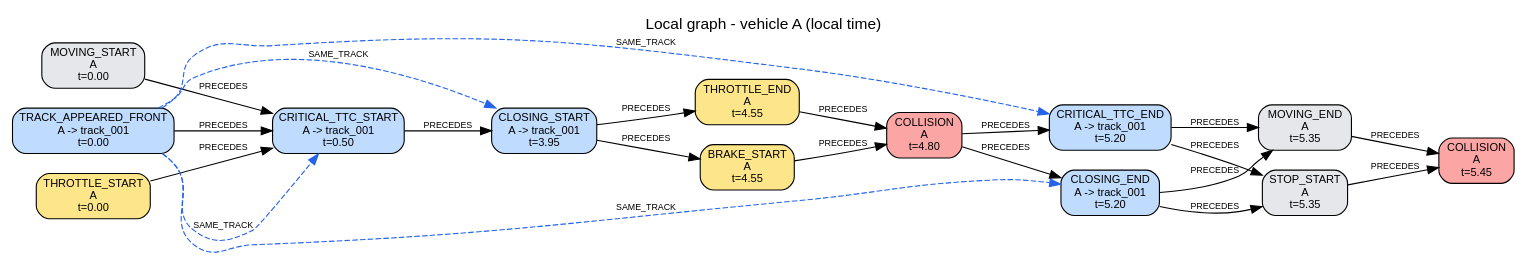
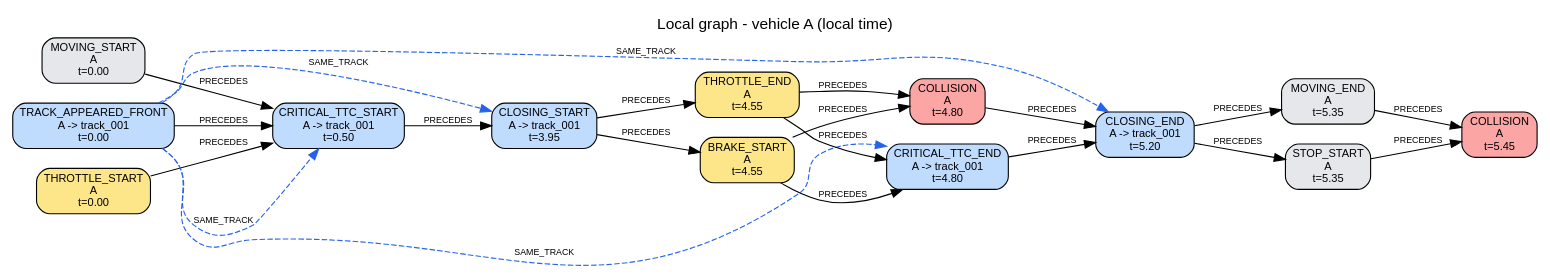
One commit to AndreaBedei1/causaldrive-forensics changed the diagram in traces/S06/run_0_a_front_pushed/reconstruction/A/local_graph.dot. Above: the diagram before and after it, drawn with Graphviz. The commit also changed 346 other files, not shown here.

```diff
--- a/traces/S06/run_0_a_front_pushed/reconstruction/A/local_graph.dot
+++ b/traces/S06/run_0_a_front_pushed/reconstruction/A/local_graph.dot
@@ -1,42 +1,42 @@
 digraph "local_A" {
   graph [rankdir=LR, labelloc=t, fontname=Helvetica, label="Local graph - vehicle A (local time)"];
   node [shape=box, style="rounded,filled", fontname=Helvetica, fontsize=10];
   edge [fontname=Helvetica, fontsize=8];
   "A:e01" [label="MOVING_START\nA\nt=0.00", fillcolor="#e5e7eb"];
   "A:e02" [label="THROTTLE_START\nA\nt=0.00", fillcolor="#fde68a"];
   "A:e03" [label="TRACK_APPEARED_FRONT\nA -> track_001\nt=0.00", fillcolor="#bfdbfe"];
   "A:e04" [label="CRITICAL_TTC_START\nA -> track_001\nt=0.50", fillcolor="#bfdbfe"];
   "A:e05" [label="CLOSING_START\nA -> track_001\nt=3.95", fillcolor="#bfdbfe"];
   "A:e06" [label="THROTTLE_END\nA\nt=4.55", fillcolor="#fde68a"];
   "A:e07" [label="BRAKE_START\nA\nt=4.55", fillcolor="#fde68a"];
   "A:e08" [label="COLLISION\nA\nt=4.80", fillcolor="#fca5a5"];
-  "A:e09" [label="CRITICAL_TTC_END\nA -> track_001\nt=5.20", fillcolor="#bfdbfe"];
+  "A:e09" [label="CRITICAL_TTC_END\nA -> track_001\nt=4.80", fillcolor="#bfdbfe"];
   "A:e10" [label="CLOSING_END\nA -> track_001\nt=5.20", fillcolor="#bfdbfe"];
   "A:e11" [label="MOVING_END\nA\nt=5.35", fillcolor="#e5e7eb"];
   "A:e12" [label="STOP_START\nA\nt=5.35", fillcolor="#e5e7eb"];
   "A:e13" [label="COLLISION\nA\nt=5.45", fillcolor="#fca5a5"];
   {rank=same; "A:e01"; "A:e02"; "A:e03";}
   {rank=same; "A:e06"; "A:e07";}
-  {rank=same; "A:e09"; "A:e10";}
+  {rank=same; "A:e08"; "A:e09";}
   {rank=same; "A:e11"; "A:e12";}
   "A:e01" -> "A:e04" [label="PRECEDES"];
   "A:e02" -> "A:e04" [label="PRECEDES"];
   "A:e03" -> "A:e04" [label="PRECEDES"];
   "A:e04" -> "A:e05" [label="PRECEDES"];
   "A:e05" -> "A:e06" [label="PRECEDES"];
   "A:e05" -> "A:e07" [label="PRECEDES"];
   "A:e06" -> "A:e08" [label="PRECEDES"];
+  "A:e06" -> "A:e09" [label="PRECEDES"];
   "A:e07" -> "A:e08" [label="PRECEDES"];
-  "A:e08" -> "A:e09" [label="PRECEDES"];
+  "A:e07" -> "A:e09" [label="PRECEDES"];
   "A:e08" -> "A:e10" [label="PRECEDES"];
-  "A:e09" -> "A:e11" [label="PRECEDES"];
-  "A:e09" -> "A:e12" [label="PRECEDES"];
+  "A:e09" -> "A:e10" [label="PRECEDES"];
   "A:e10" -> "A:e11" [label="PRECEDES"];
   "A:e10" -> "A:e12" [label="PRECEDES"];
   "A:e11" -> "A:e13" [label="PRECEDES"];
   "A:e12" -> "A:e13" [label="PRECEDES"];
   "A:e03" -> "A:e04" [label="SAME_TRACK", style=dashed, color="#2563eb", constraint=false];
   "A:e03" -> "A:e05" [label="SAME_TRACK", style=dashed, color="#2563eb", constraint=false];
   "A:e03" -> "A:e09" [label="SAME_TRACK", style=dashed, color="#2563eb", constraint=false];
   "A:e03" -> "A:e10" [label="SAME_TRACK", style=dashed, color="#2563eb", constraint=false];
 }
```
